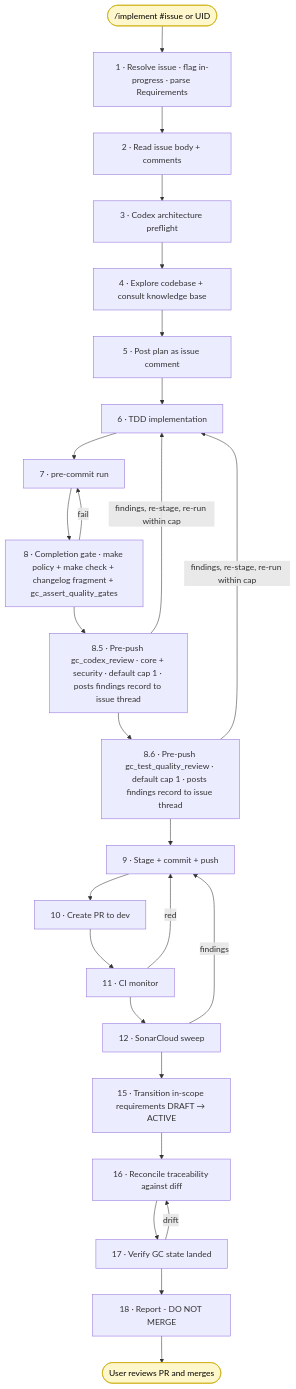
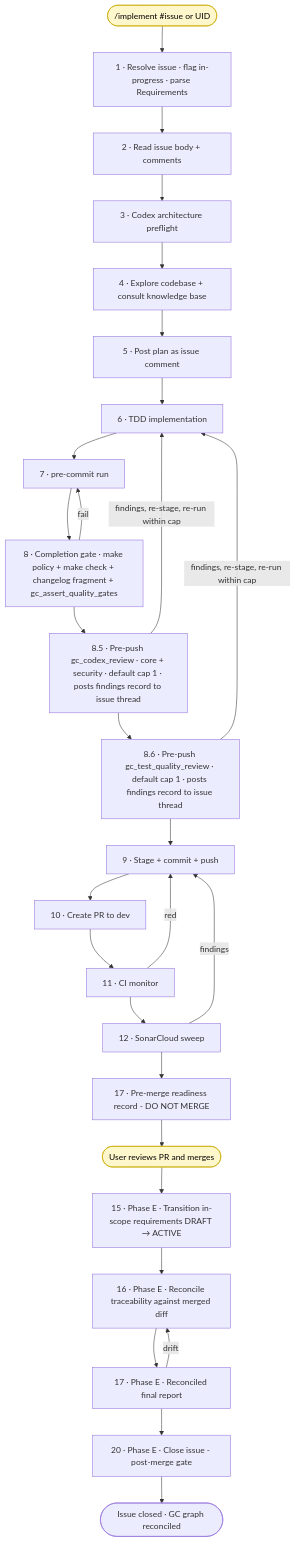
Before and after one commit to Brad-Edwards/Ground-Control: the diagram in docs/DEVELOPMENT_WORKFLOW.md, drawn with Mermaid. The commit also changed other lines of this file and 19 other files, not shown here.

First line of the commit message:
feat(workflow): run /implement transition + reconcile post-merge (Phase E)

````diff
--- a/docs/DEVELOPMENT_WORKFLOW.md
+++ b/docs/DEVELOPMENT_WORKFLOW.md
@@ -137,53 +137,57 @@
 ```mermaid
 flowchart TB
   Start([/implement #issue or UID])
   S1[1 · Resolve issue · flag in-progress · parse Requirements]
   S2[2 · Read issue body + comments]
   S3[3 · Codex architecture preflight]
   S4[4 · Explore codebase + consult knowledge base]
   S5[5 · Post plan as issue comment]
   S6[6 · TDD implementation]
   S7[7 · pre-commit run]
   S8[8 · Completion gate · make policy + make check + changelog fragment + gc_assert_quality_gates]
   S8b[8.5 · Pre-push gc_codex_review · core + security · default cap 1 · posts findings record to issue thread]
   S8c[8.6 · Pre-push gc_test_quality_review · default cap 1 · posts findings record to issue thread]
   S9[9 · Stage + commit + push]
   S10[10 · Create PR to dev]
   S11[11 · CI monitor]
   S12[12 · SonarCloud sweep]
-  S15[15 · Transition in-scope requirements DRAFT → ACTIVE]
-  S16[16 · Reconcile traceability against diff]
-  S17[17 · Verify GC state landed]
-  S18[18 · Report - DO NOT MERGE]
+  S17r[17 · Pre-merge readiness record - DO NOT MERGE]
   End([User reviews PR and merges])
+  S15[15 · Phase E · Transition in-scope requirements DRAFT → ACTIVE]
+  S16[16 · Phase E · Reconcile traceability against merged diff]
+  S17d[17 · Phase E · Reconciled final report]
+  S20[20 · Phase E · Close issue - post-merge gate]
+  Done([Issue closed · GC graph reconciled])
 
   Start --> S1
   S1 --> S2
   S2 --> S3
   S3 --> S4
   S4 --> S5
   S5 --> S6
   S6 --> S7
   S7 --> S8
   S8 --> S8b
   S8b --> S8c
   S8c --> S9
   S9 --> S10
   S10 --> S11
   S11 --> S12
-  S12 --> S15
+  S12 --> S17r
+  S17r --> End
+  End --> S15
   S15 --> S16
-  S16 --> S17
-  S17 --> S18
-  S18 --> End
+  S16 --> S17d
+  S17d --> S20
+  S20 --> Done
 
   S8 -->|fail| S7
   S8b -->|findings, re-stage, re-run within cap| S6
   S8c -->|findings, re-stage, re-run within cap| S6
   S11 -->|red| S9
   S12 -->|findings| S9
-  S17 -->|drift| S16
+  S17d -->|drift| S16
 
   classDef user fill:#fff7cc,stroke:#c9a900,color:#000
   class Start,End user
 ```
````
